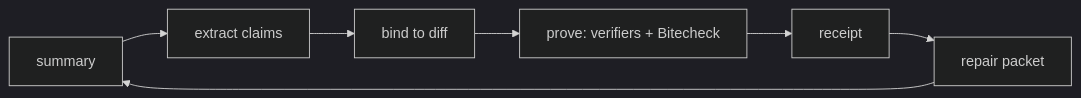
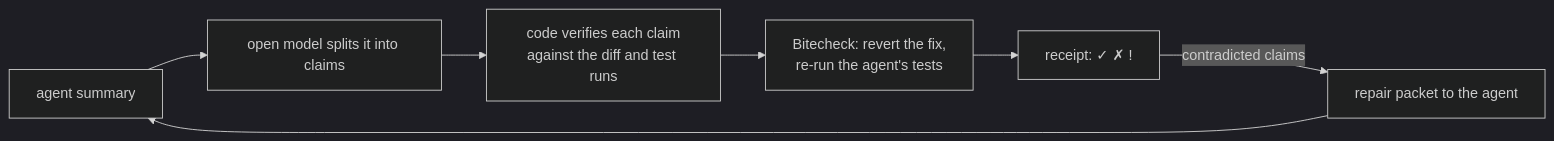
The diagram in README.md (shankywho/nocap), drawn with Mermaid (dark theme) before and after one commit. The commit also changed other lines of this file and 2 other files, not shown here.

````diff
--- a/README.md
+++ b/README.md
@@ -39,4 +40,9 @@
 ```mermaid
 flowchart LR
-  S[summary] --> E[extract claims] --> M[bind to diff] --> P[prove: verifiers + Bitecheck] --> R[receipt] --> Q[repair packet] --> S
+  A[agent summary] --> B[open model splits it into claims]
+  B --> C[code verifies each claim<br/>against the diff and test runs]
+  C --> D[Bitecheck: revert the fix,<br/>re-run the agent's tests]
+  D --> E[receipt: ✓ ✗ !]
+  E -->|contradicted claims| F[repair packet to the agent]
+  F --> A
 ```
````
